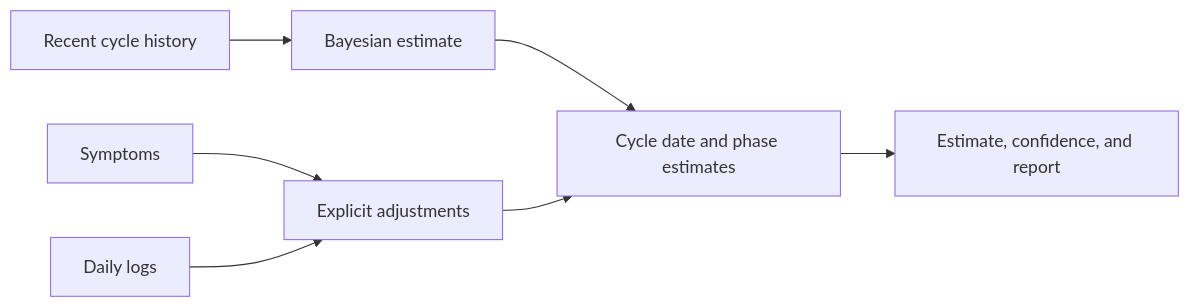
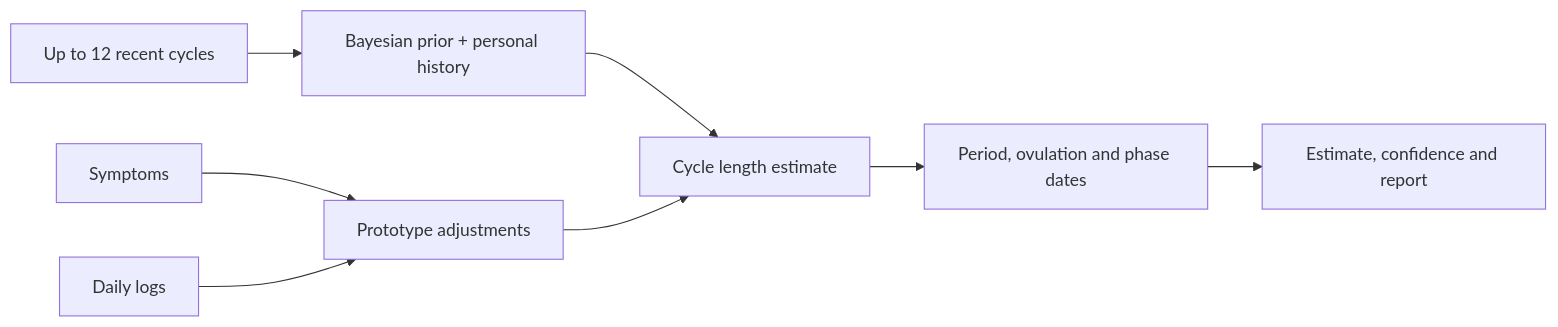
Before and after one commit to li4nee/Flora-Backend: the first of 2 diagrams in README.md, drawn with Mermaid. The commit also changed other lines of this file, not shown here.

````diff
--- a/README.md
+++ b/README.md
@@ -51,9 +78,10 @@
 ```mermaid
 flowchart LR
-  A[Recent cycle history] --> D[Bayesian estimate]
-  B[Symptoms] --> E[Explicit adjustments]
+  A[Up to 12 recent cycles] --> D[Bayesian prior + personal history]
+  B[Symptoms] --> E[Prototype adjustments]
   C[Daily logs] --> E
-  D --> F[Cycle date and phase estimates]
+  D --> F[Cycle length estimate]
   E --> F
-  F --> G[Estimate, confidence, and report]
+  F --> G[Period, ovulation and phase dates]
+  G --> H[Estimate, confidence and report]
 ```
````
